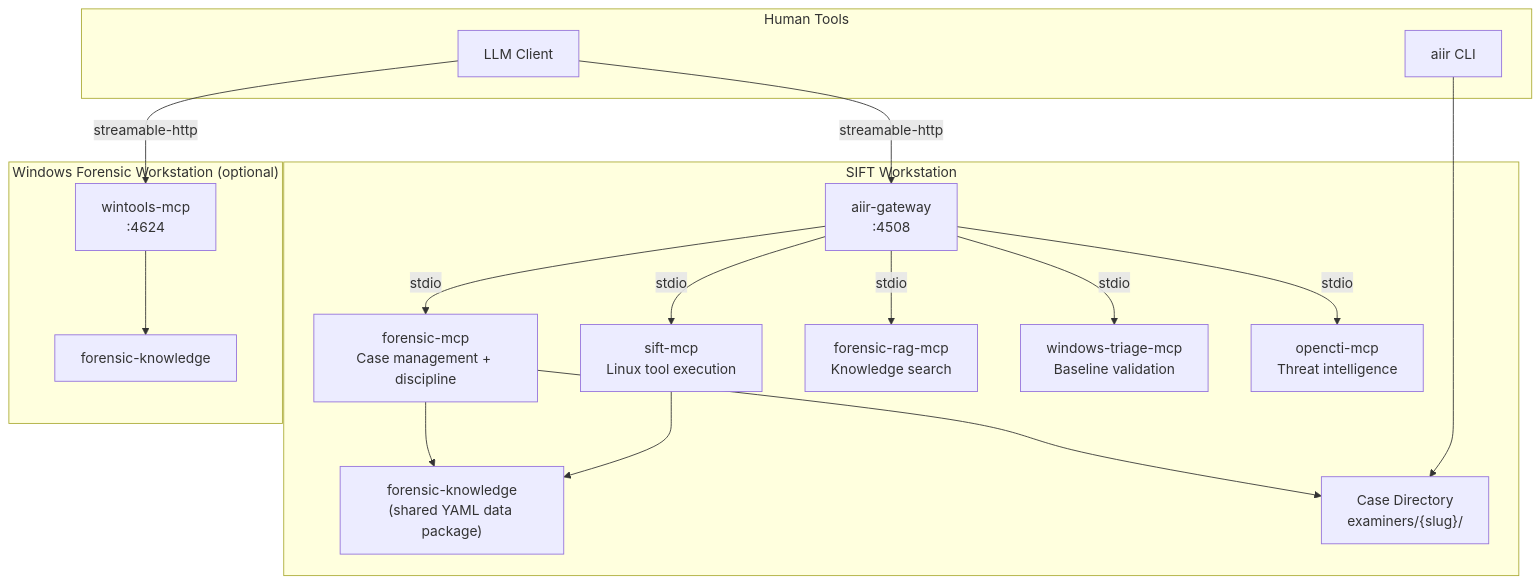
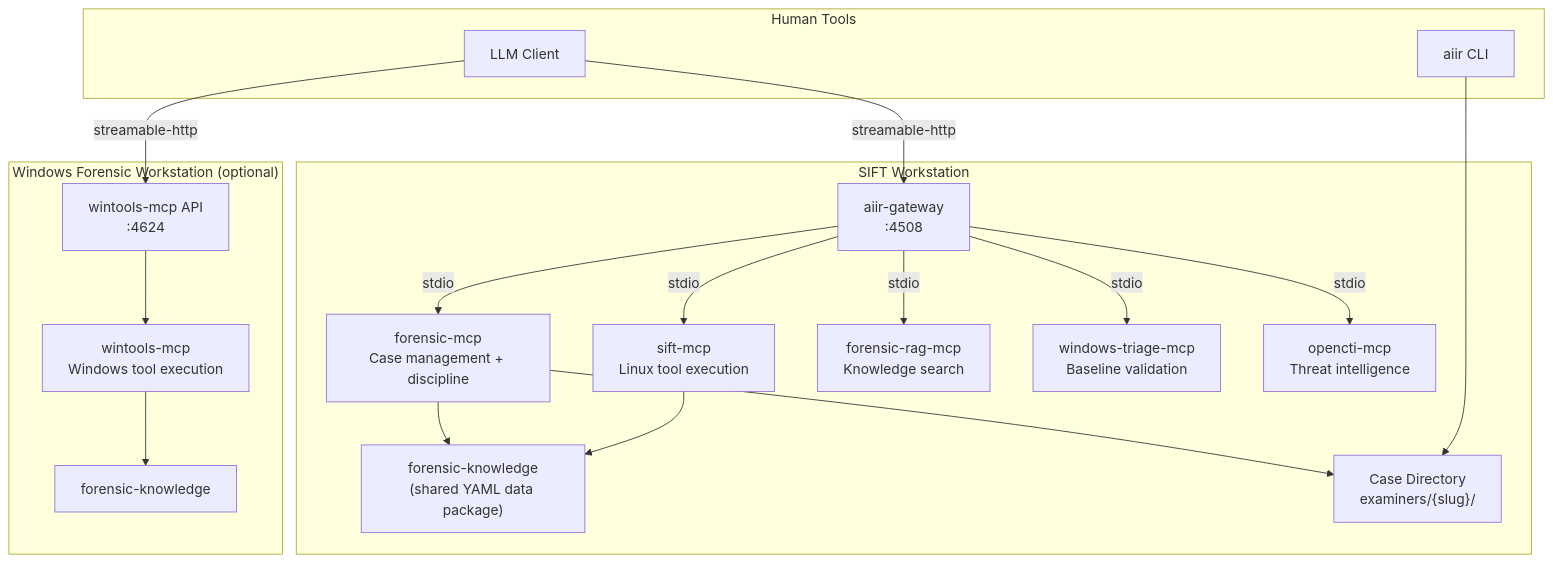
One commit to AppliedIR/aiir changed the first of 5 diagrams in README.md. Above: the diagram before and after it, drawn with Mermaid.

Commit message:
component map: mirror SIFT pattern for Windows box with API + execution + FK

````diff
--- a/README.md
+++ b/README.md
@@ -11,37 +11,39 @@
 ```mermaid
 graph TB
     subgraph human ["Human Tools"]
         CC["LLM Client"]
         CLI["aiir CLI"]
     end
 
     subgraph sift ["SIFT Workstation"]
         GW["aiir-gateway<br/>:4508"]
         FM["forensic-mcp<br/>Case management + discipline"]
         SM["sift-mcp<br/>Linux tool execution"]
         FR["forensic-rag-mcp<br/>Knowledge search"]
         WTR["windows-triage-mcp<br/>Baseline validation"]
         OC["opencti-mcp<br/>Threat intelligence"]
         FK["forensic-knowledge<br/>(shared YAML data package)"]
         CASE["Case Directory<br/>examiners/{slug}/"]
 
         GW -->|stdio| FM
         GW -->|stdio| SM
         GW -->|stdio| FR
         GW -->|stdio| WTR
         GW -->|stdio| OC
         FM --> FK
         SM --> FK
         FM --> CASE
     end
 
     subgraph winbox ["Windows Forensic Workstation (optional)"]
-        WT["wintools-mcp<br/>:4624"]
+        WAPI["wintools-mcp API<br/>:4624"]
+        WM["wintools-mcp<br/>Windows tool execution"]
         FK2["forensic-knowledge"]
-        WT --> FK2
+        WAPI --> WM
+        WM --> FK2
     end
 
     CC -->|"streamable-http"| GW
-    CC -->|"streamable-http"| WT
+    CC -->|"streamable-http"| WAPI
     CLI --> CASE
 ```
````
